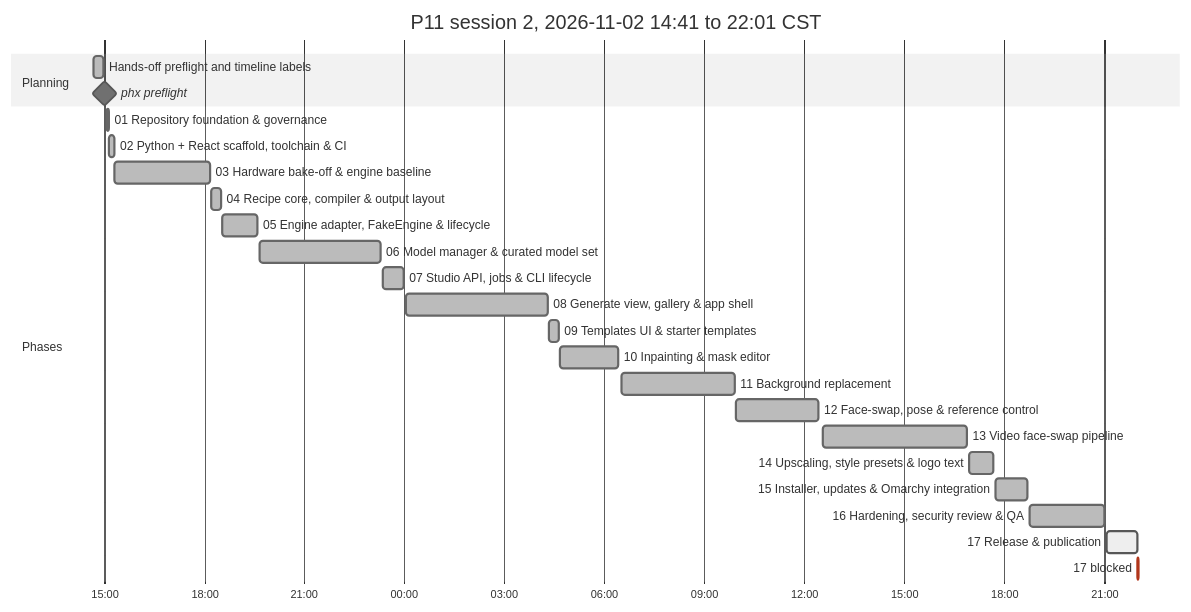
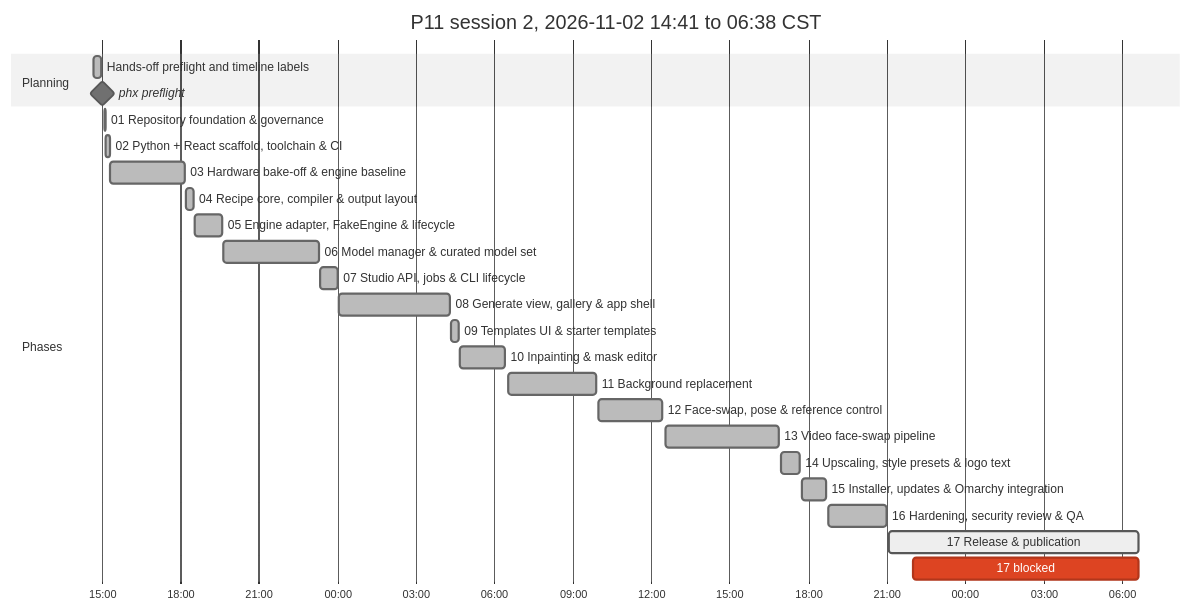
Before and after one commit to antonizick/project1111: the second of 2 diagrams in P11_IMPLEMENTATION_PLAN.md, drawn with Mermaid (neutral theme). The commit also changed other lines of this file and 1 other file, not shown here.

Commit message:
docs(plan): refresh timeline

````diff
--- a/P11_IMPLEMENTATION_PLAN.md
+++ b/P11_IMPLEMENTATION_PLAN.md
@@ -74,28 +74,28 @@
 ```mermaid
 gantt
-    title P11 session 2, 2026-11-02 14:41 to 22:01 CST
+    title P11 session 2, 2026-11-02 14:41 to 06:38 CST
     dateFormat YYYY-MM-DD HH:mm
     axisFormat %H:%M
     section Planning
     Hands-off preflight and timeline labels :done, plan3, 2026-11-02 14:41, 2026-11-02 14:59
     phx preflight :milestone, pf13ee0d5, 2026-11-02 15:00, 0m
     section Phases
     01 Repository foundation & governance :done, p01s2, 2026-11-02 15:05, 2026-11-02 15:08
     02 Python + React scaffold, toolchain & CI :done, p02s2, 2026-11-02 15:09, 2026-11-02 15:18
     03 Hardware bake-off & engine baseline :done, p03s2, 2026-11-02 15:19, 2026-11-02 18:10
     04 Recipe core, compiler & output layout :done, p04s2, 2026-11-02 18:12, 2026-11-02 18:30
     05 Engine adapter, FakeEngine & lifecycle :done, p05s2, 2026-11-02 18:32, 2026-11-02 19:37
     06 Model manager & curated model set :done, p06s2, 2026-11-02 19:39, 2026-11-02 23:18
     07 Studio API, jobs & CLI lifecycle :done, p07s2, 2026-11-02 23:21, 2026-11-03 00:00
     08 Generate view, gallery & app shell :done, p08s2, 2026-11-03 00:03, 2026-11-03 04:18
     09 Templates UI & starter templates :done, p09s2, 2026-11-03 04:21, 2026-11-03 04:38
     10 Inpainting & mask editor :done, p10s2, 2026-11-03 04:41, 2026-11-03 06:25
     11 Background replacement :done, p11s2, 2026-11-03 06:31, 2026-11-03 09:55
     12 Face-swap, pose & reference control :done, p12s2, 2026-11-03 09:58, 2026-11-03 12:25
     13 Video face-swap pipeline :done, p13s2, 2026-11-03 12:34, 2026-11-03 16:54
     14 Upscaling, style presets & logo text :done, p14s2, 2026-11-03 16:58, 2026-11-03 17:41
     15 Installer, updates & Omarchy integration :done, p15s2, 2026-11-03 17:45, 2026-11-03 18:42
     16 Hardening, security review & QA :done, p16s2, 2026-11-03 18:46, 2026-11-03 21:00
-    17 Release & publication :active, p17s2, 2026-11-03 21:04, 2026-11-03 22:01
-    17 blocked :crit, p17w1s2, 2026-11-03 22:01, 2026-11-03 22:02
+    17 Release & publication :active, p17s2, 2026-11-03 21:04, 2026-11-04 06:38
+    17 blocked :crit, p17w1s2, 2026-11-03 22:01, 2026-11-04 06:38
 ```
````
